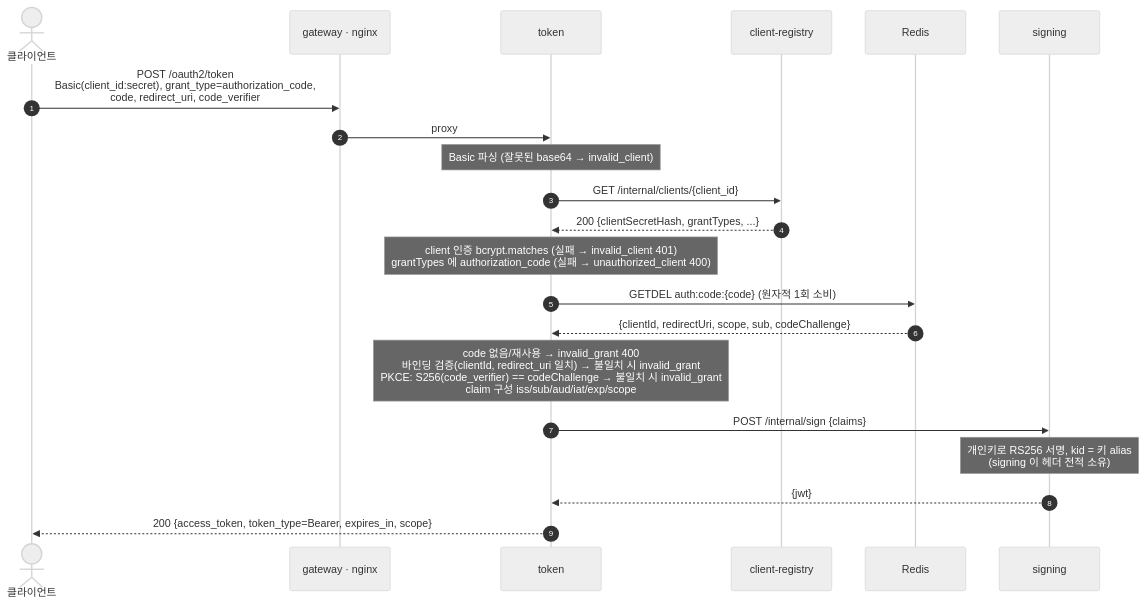
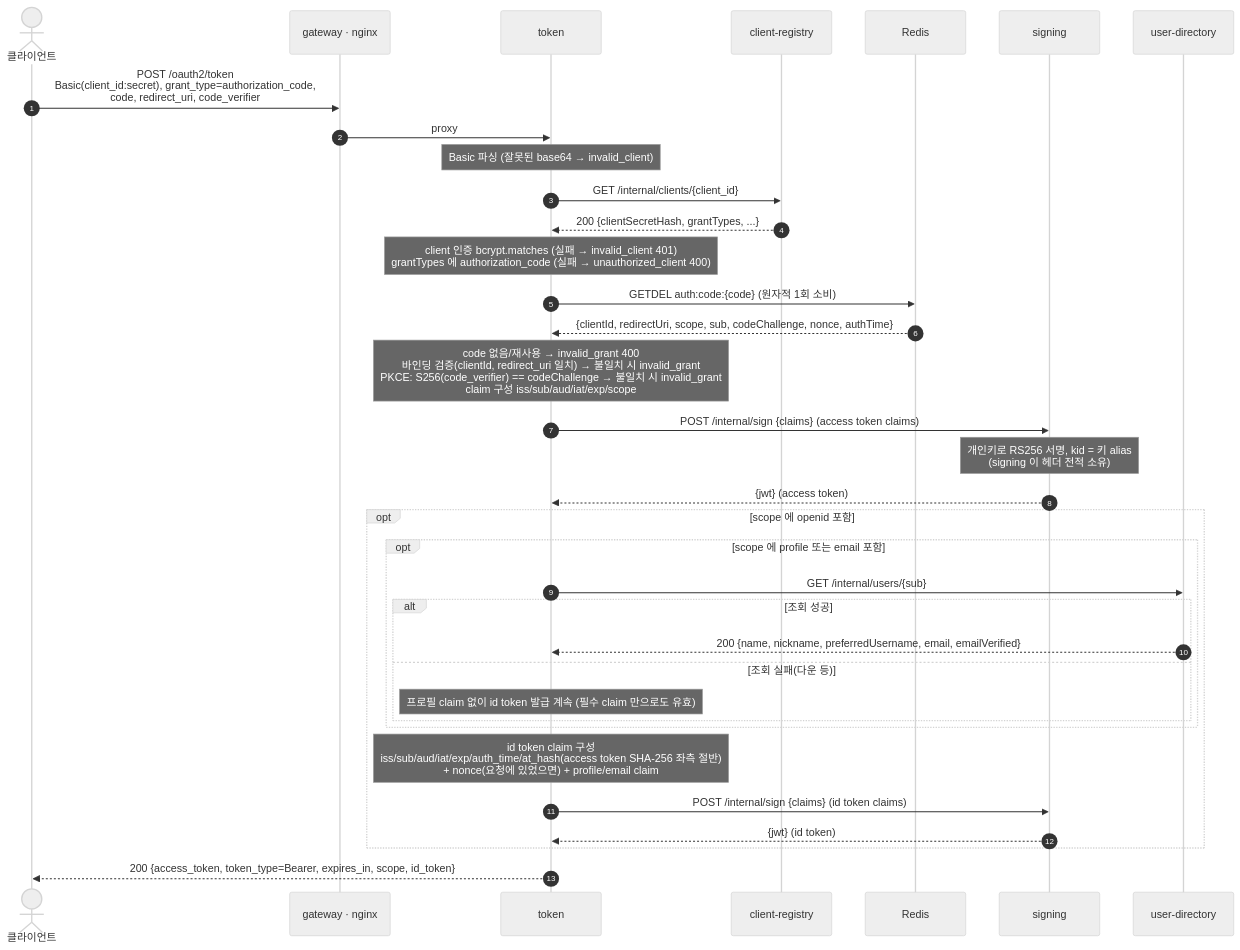
One commit to starryeye/spring-security changed the fourth of 6 diagrams in oauth-2/authorization-server/practice/microservice/README.md. Above: the diagram before and after it, drawn with Mermaid (neutral theme). The commit also changed other lines of this file and 1 other file, not shown here.

````diff
--- a/oauth-2/authorization-server/practice/microservice/README.md
+++ b/oauth-2/authorization-server/practice/microservice/README.md
@@ -165,24 +221,40 @@
 ```mermaid
 sequenceDiagram
     autonumber
     actor CL as 클라이언트
     participant G as gateway · nginx
     participant T as token
     participant C as client-registry
     participant R as Redis
     participant S as signing
+    participant U as user-directory
 
     CL->>G: POST /oauth2/token<br/>Basic(client_id:secret), grant_type=authorization_code,<br/>code, redirect_uri, code_verifier
     G->>T: proxy
     Note over T: Basic 파싱 (잘못된 base64 → invalid_client)
     T->>C: GET /internal/clients/{client_id}
     C-->>T: 200 {clientSecretHash, grantTypes, ...}
     Note over T: client 인증 bcrypt.matches (실패 → invalid_client 401)<br/>grantTypes 에 authorization_code (실패 → unauthorized_client 400)
     T->>R: GETDEL auth:code:{code}  (원자적 1회 소비)
-    R-->>T: {clientId, redirectUri, scope, sub, codeChallenge}
+    R-->>T: {clientId, redirectUri, scope, sub, codeChallenge, nonce, authTime}
     Note over T: code 없음/재사용 → invalid_grant 400<br/>바인딩 검증(clientId, redirect_uri 일치) → 불일치 시 invalid_grant<br/>PKCE: S256(code_verifier) == codeChallenge → 불일치 시 invalid_grant<br/>claim 구성 iss/sub/aud/iat/exp/scope
-    T->>S: POST /internal/sign {claims}
+    T->>S: POST /internal/sign {claims} (access token claims)
     Note over S: 개인키로 RS256 서명, kid = 키 alias<br/>(signing 이 헤더 전적 소유)
-    S-->>T: {jwt}
-    T-->>CL: 200 {access_token, token_type=Bearer, expires_in, scope}
+    S-->>T: {jwt} (access token)
+
+    opt scope 에 openid 포함
+        opt scope 에 profile 또는 email 포함
+            T->>U: GET /internal/users/{sub}
+            alt 조회 성공
+                U-->>T: 200 {name, nickname, preferredUsername, email, emailVerified}
+            else 조회 실패(다운 등)
+                Note over T: 프로필 claim 없이 id token 발급 계속 (필수 claim 만으로도 유효)
+            end
+        end
+        Note over T: id token claim 구성<br/>iss/sub/aud/iat/exp/auth_time/at_hash(access token SHA-256 좌측 절반)<br/>+ nonce(요청에 있었으면) + profile/email claim
+        T->>S: POST /internal/sign {claims} (id token claims)
+        S-->>T: {jwt} (id token)
+    end
+
+    T-->>CL: 200 {access_token, token_type=Bearer, expires_in, scope, id_token}
 ```
````
